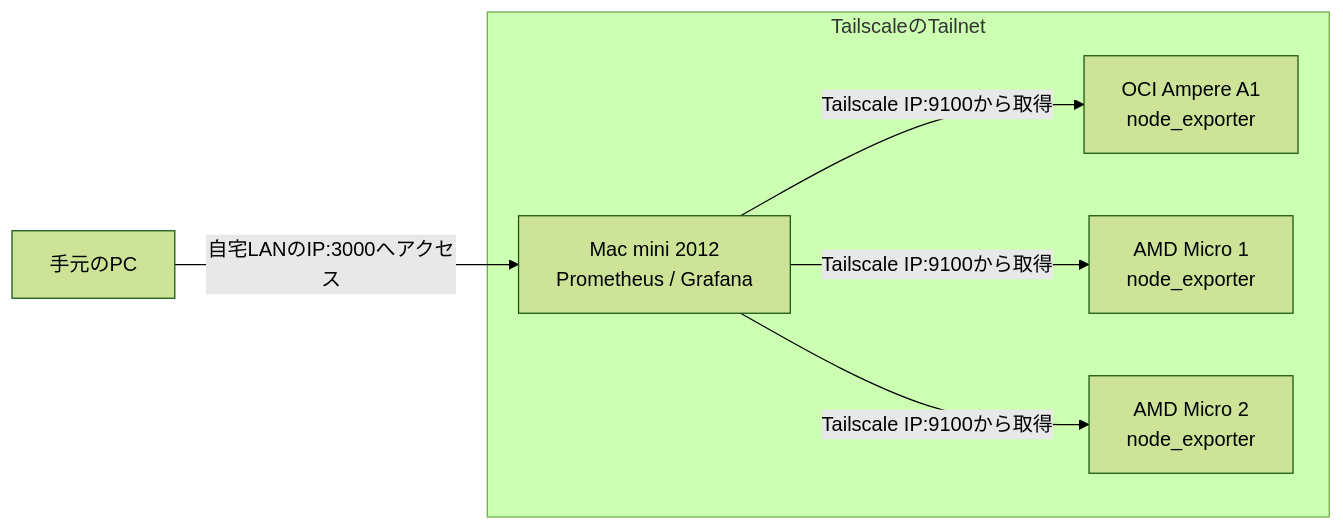
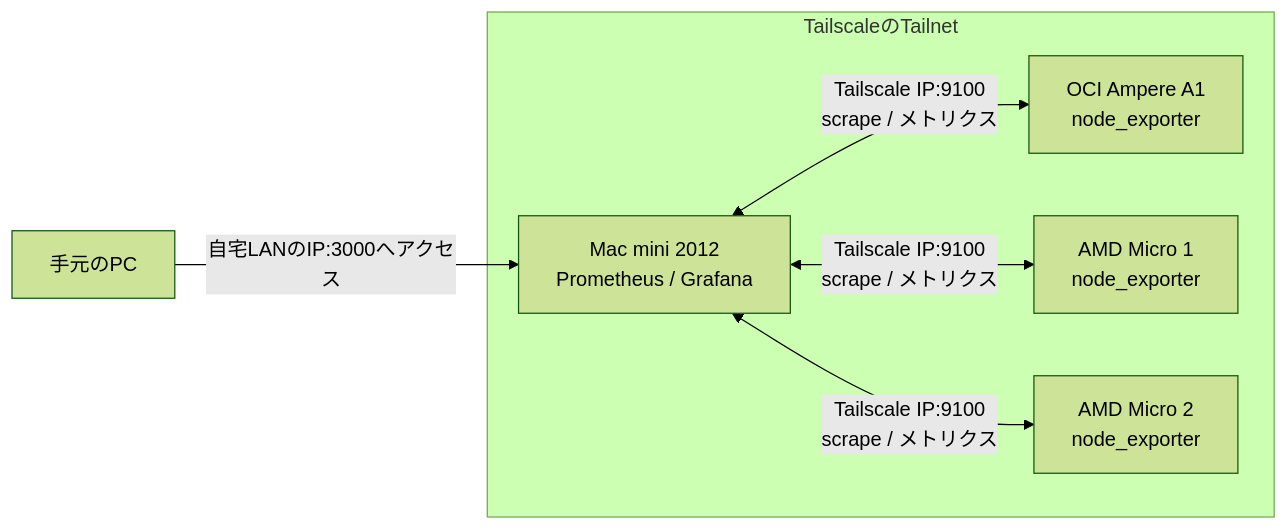
Before and after one commit to ara-ta3/zenn.dev: the second of 2 diagrams in articles/monitor-oracle-cloud-github-actions-runners.md, drawn with Mermaid (forest theme). The commit also changed other lines of this file, not shown here.

Commit message:
監視構成図と説明の表現を修正

````diff
--- a/articles/monitor-oracle-cloud-github-actions-runners.md
+++ b/articles/monitor-oracle-cloud-github-actions-runners.md
@@ -160,20 +160,20 @@
 ```mermaid
 flowchart LR
   arm[OCI Ampere A1<br>node_exporter]
   micro1[AMD Micro 1<br>node_exporter]
   micro2[AMD Micro 2<br>node_exporter]
   monitoring[Mac mini 2012<br>Prometheus / Grafana]
   pc[手元のPC]
 
-  monitoring -->|Tailscale IP:9100から取得| arm
-  monitoring -->|Tailscale IP:9100から取得| micro1
-  monitoring -->|Tailscale IP:9100から取得| micro2
+  monitoring <-->|Tailscale IP:9100<br>scrape / メトリクス| arm
+  monitoring <-->|Tailscale IP:9100<br>scrape / メトリクス| micro1
+  monitoring <-->|Tailscale IP:9100<br>scrape / メトリクス| micro2
   pc -->|自宅LANのIP:3000へアクセス| monitoring
 
   subgraph tailnet[TailscaleのTailnet]
     arm
     micro1
     micro2
     monitoring
   end
 ```
````
